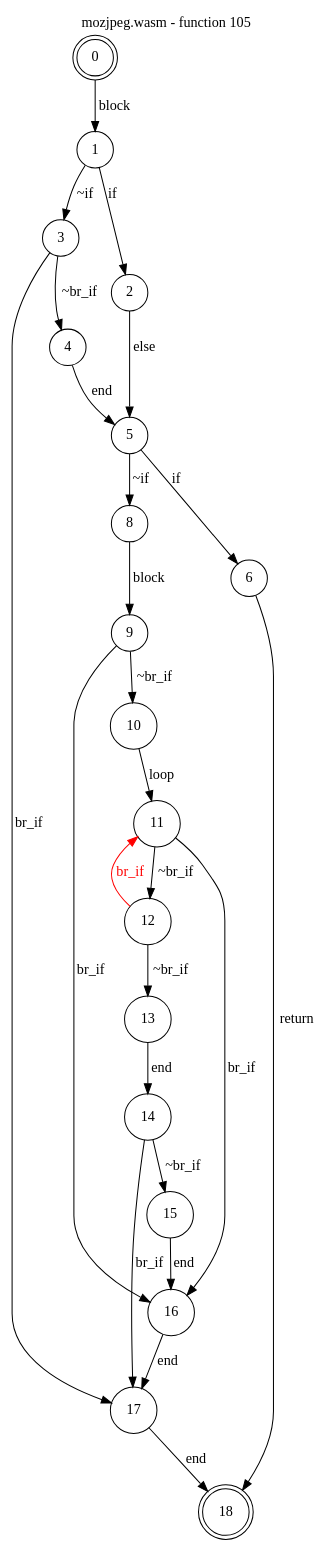
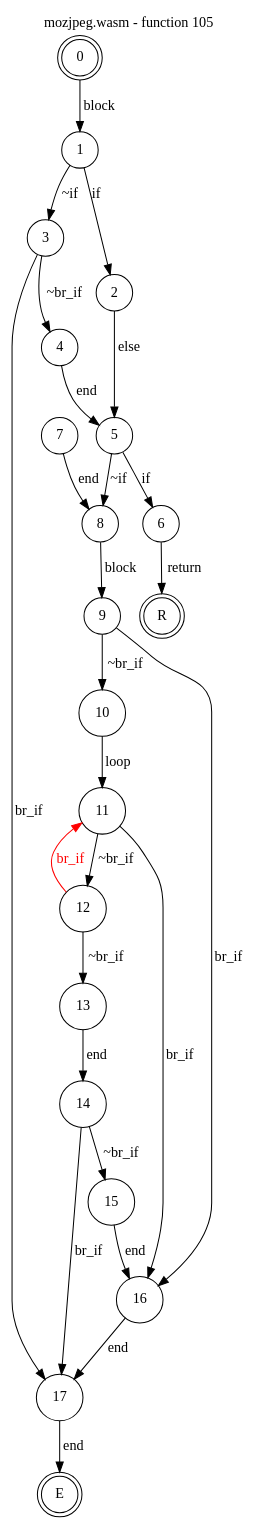
One commit to jsCarleton/wanalyze changed the diagram in test_cases/mozjpeg/funcs/mozjpeg-func105.dot. Above: the diagram before and after it, drawn with Graphviz. The commit also changed 516 other files, not shown here.

```diff
--- a/test_cases/mozjpeg/funcs/mozjpeg-func105.dot
+++ b/test_cases/mozjpeg/funcs/mozjpeg-func105.dot
@@ -1,33 +1,34 @@
 digraph finite_state_machine {
     label = "mozjpeg.wasm - function 105"
     labelloc =  t
     labelfontsize = 16
     labelfontcolor = black
     labelfontname = "Helvetica"
-    node [shape = doublecircle]; 0 18;
+    node [shape = doublecircle]; 0 E R ;
     node [shape = circle];
     0 -> 1[label="block"];
     1 -> 2[label="if"];
     1 -> 3[label="~if"];
     2 -> 5[label="else"];
     3 -> 4[label="~br_if"];
     3 -> 17[label="br_if"];
     4 -> 5[label="end"];
     5 -> 6[label="if"];
     5 -> 8[label="~if"];
-    6 -> 18[label="return"];
+    6 -> R[label="return"];
+    7 -> 8[label="end"];
     8 -> 9[label="block"];
     9 -> 10[label="~br_if"];
     9 -> 16[label="br_if"];
     10 -> 11[label="loop"];
     11 -> 12[label="~br_if"];
     11 -> 16[label="br_if"];
     12 -> 13[label="~br_if"];
     12 -> 11[color="red" fontcolor="red" label="br_if"];
     13 -> 14[label="end"];
     14 -> 15[label="~br_if"];
     14 -> 17[label="br_if"];
     15 -> 16[label="end"];
     16 -> 17[label="end"];
-    17 -> 18[label="end"];
+    17 -> E[label="end"];
 }
```
